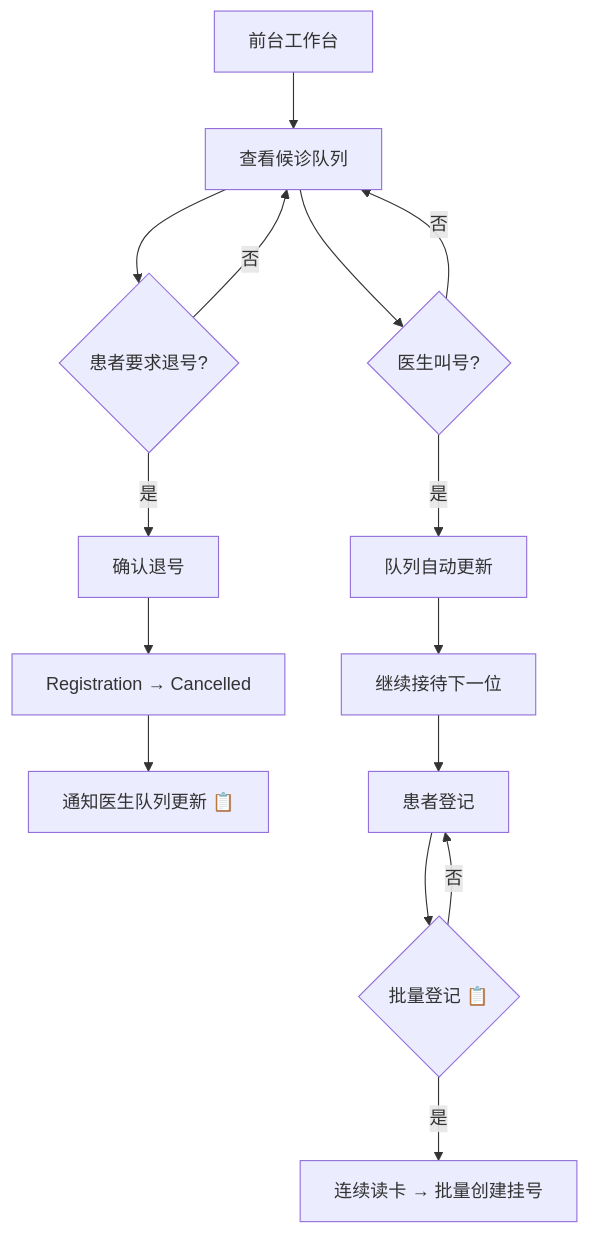
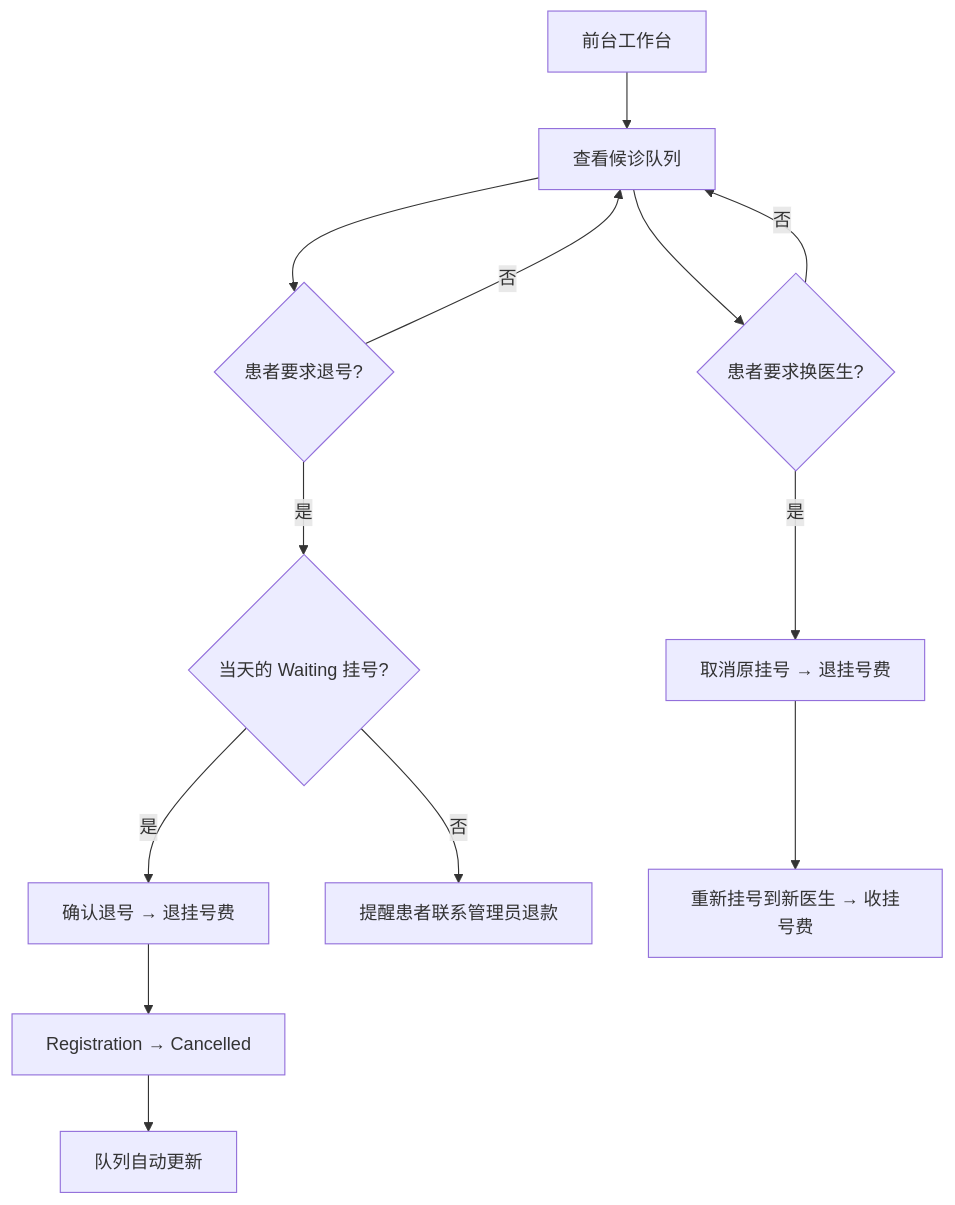
Before and after one commit to shouqitao/LYBTZYZS: diagram 11 of 11 in docs/01-product/02-personas.md, drawn with Mermaid. The commit also changed other lines of this file and 3 other files, not shown here.

````diff
--- a/docs/01-product/02-personas.md
+++ b/docs/01-product/02-personas.md
@@ -407,19 +407,16 @@
 ```mermaid
 flowchart TD
     A[前台工作台] --> B[查看候诊队列]
     B --> C{患者要求退号?}
-    C -->|是| D[确认退号]
-    D --> E[Registration → Cancelled]
-    E --> F[通知医生队列更新 📋]
+    C -->|是| D{当天的 Waiting 挂号?}
+    D -->|是| E[确认退号 → 退挂号费]
+    D -->|否| F[提醒患者联系管理员退款]
+    E --> G[Registration → Cancelled]
+    G --> H[队列自动更新]
     C -->|否| B
 
-    B --> G{医生叫号?}
-    G -->|是| H[队列自动更新]
-    G -->|否| B
-
-    H --> I[继续接待下一位]
-    I --> J
-    J[患者登记] --> K{批量登记 📋}
-    K -->|是| L[连续读卡 → 批量创建挂号]
-    K -->|否| J
+    B --> I{患者要求换医生?}
+    I -->|是| J[取消原挂号 → 退挂号费]
+    J --> K[重新挂号到新医生 → 收挂号费]
+    I -->|否| B
 ```
````
